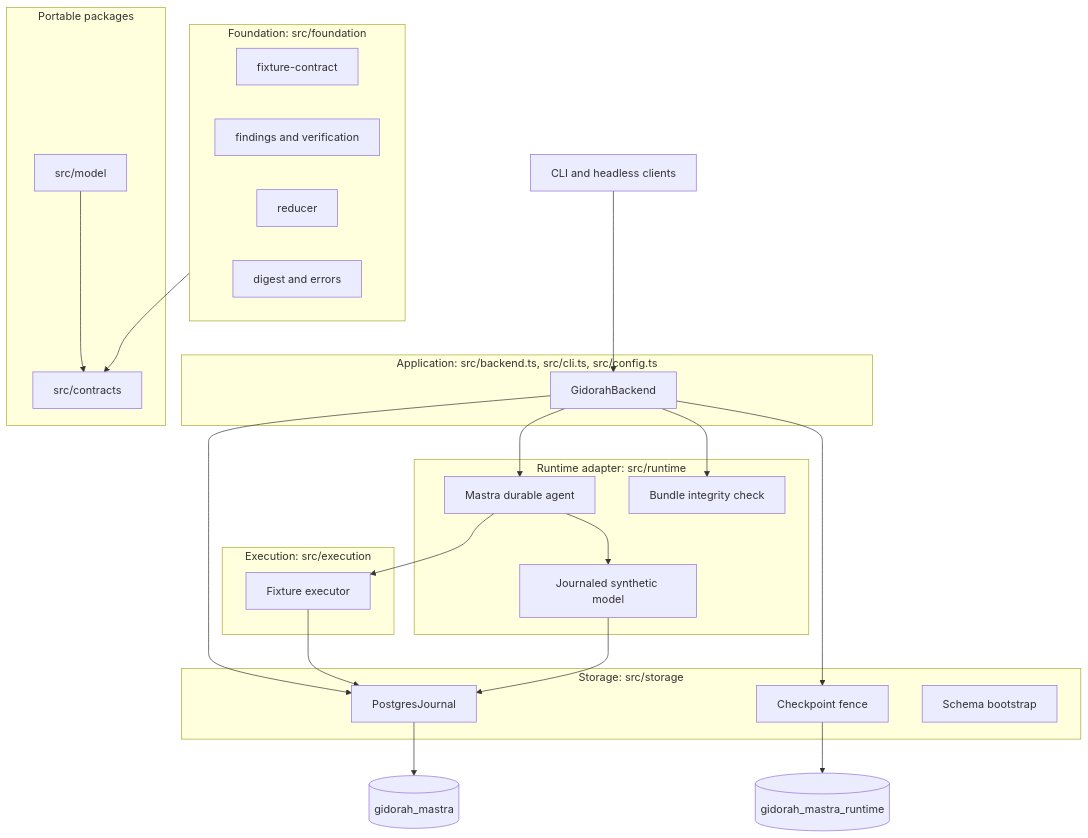
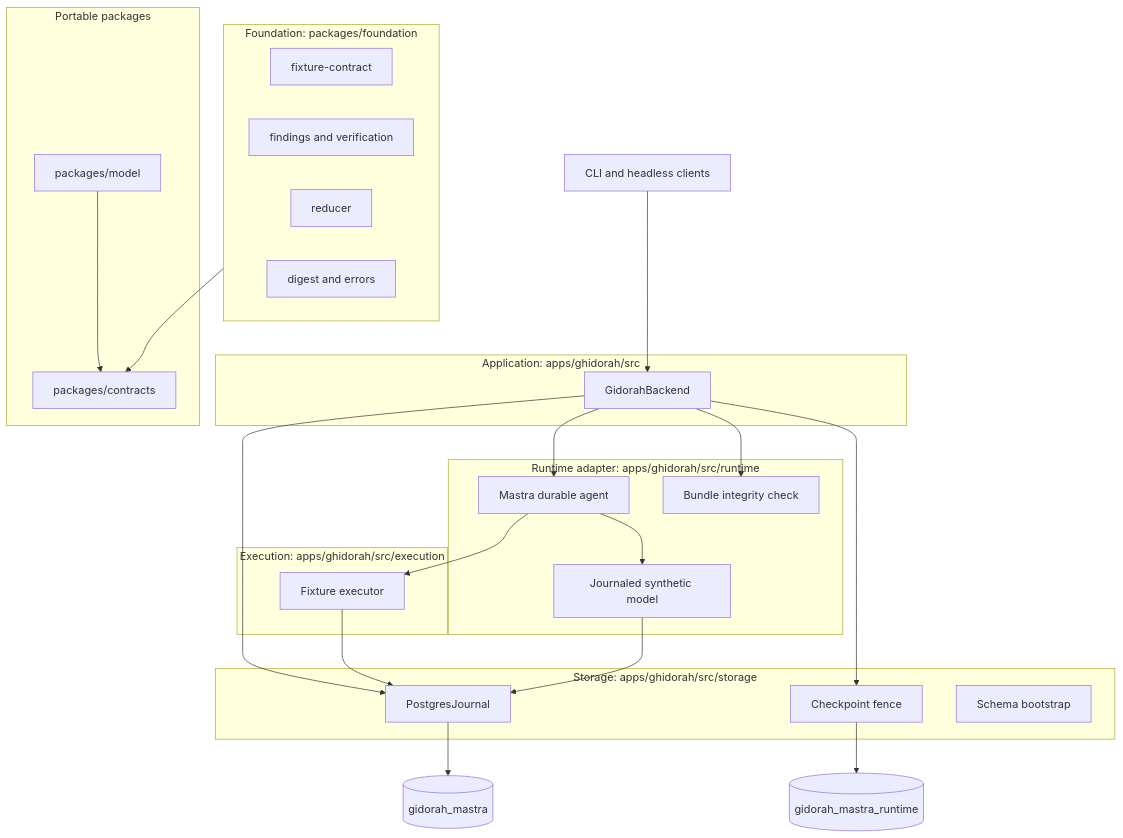
The diagram in docs/architecture.md (Adityakushwaha947/Ghidorah), drawn with Mermaid before and after one commit. The commit also changed other lines of this file and 118 other files, not shown here.

````diff
--- a/docs/architecture.md
+++ b/docs/architecture.md
@@ -11,40 +11,40 @@
 ```mermaid
 flowchart TD
     Clients[CLI and headless clients] --> Backend
-    subgraph App[Application: src/backend.ts, src/cli.ts, src/config.ts]
+    subgraph App[Application: apps/ghidorah/src]
       Backend[GidorahBackend]
     end
-    subgraph Runtime[Runtime adapter: src/runtime]
+    subgraph Runtime[Runtime adapter: apps/ghidorah/src/runtime]
       Mastra[Mastra durable agent] --> Model[Journaled synthetic model]
       Integrity[Bundle integrity check]
     end
-    subgraph Exec[Execution: src/execution]
+    subgraph Exec[Execution: apps/ghidorah/src/execution]
       Executor[Fixture executor]
     end
-    subgraph Storage[Storage: src/storage]
+    subgraph Storage[Storage: apps/ghidorah/src/storage]
       Journal[PostgresJournal]
       Fence[Checkpoint fence]
       Bootstrap[Schema bootstrap]
     end
-    subgraph Foundation[Foundation: src/foundation]
+    subgraph Foundation[Foundation: packages/foundation]
       FixtureContract[fixture-contract]
       Findings[findings and verification]
       Reducer[reducer]
       Digest[digest and errors]
     end
     subgraph Portable[Portable packages]
-      Contracts[src/contracts]
-      Gateway[src/model]
+      Contracts[packages/contracts]
+      Gateway[packages/model]
     end
     Backend --> Mastra
     Backend --> Journal
     Backend --> Fence
     Backend --> Integrity
     Mastra --> Executor
     Executor --> Journal
     Model --> Journal
     Journal --> ProductDB[(gidorah_mastra)]
     Fence --> RuntimeDB[(gidorah_mastra_runtime)]
     Foundation --> Contracts
     Gateway --> Contracts
 ```
````
